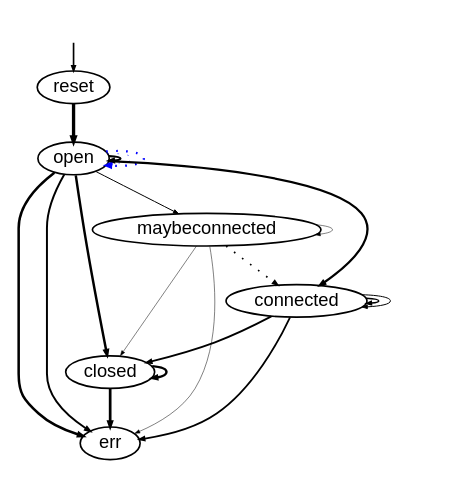
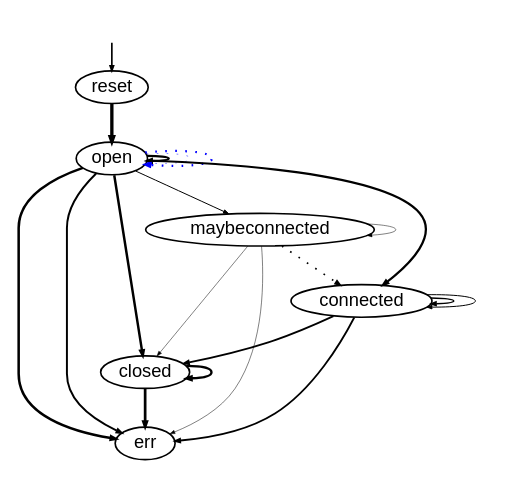
Before and after one commit to cyrille-artho/modbat: the diagram in log/nio-path-state-100.dot, drawn with Graphviz. The commit also changed 14 other files, not shown here.

```diff
--- a/log/nio-path-state-100.dot
+++ b/log/nio-path-state-100.dot
@@ -1,28 +1,9 @@
 digraph model {
   orientation = portrait;
-  graph [ rankdir = "TB", ranksep="0.1", nodesep="0.1" ];
+  graph [ rankdir = "TB", ranksep="0.08", nodesep="0.18" ];
   node [ fontname = "Helvetica", fontsize="11.0", shape="ellipse", margin="0.01", height="0.1", width="0.5" ];
   edge [ fontname = "Helvetica", arrowsize=".3", arrowhead="normal", fontsize="6.0", margin="0.05" ];
 None [shape=none, style=invis, width=0.1, height=0.1];
 None->reset;
 {rank = source; None}
-reset->open[penwidth="2.0043213737826426",label = " "];
-open->err[penwidth="1.5185139398778875",label = " "];
-open->open[penwidth="1.3222192947339193",label = " "];
-open->closed[penwidth="1.4913616938342726",label = " "];
-closed->err[penwidth="1.6334684555795864",label = " "];
-closed->closed[penwidth="1.4313637641589874",label = " "];
-open->maybeconnected[penwidth="0.6020599913279624",label = " "];
-maybeconnected->err[penwidth="0.3010299956639812",label = " "];
-maybeconnected->closed[penwidth="0.3010299956639812",label = " "];
-open->open[style=dotted, color=blue,penwidth="0.3010299956639812",label = " "];
-maybeconnected->maybeconnected[penwidth="0.3010299956639812",label = " "];
-maybeconnected->connected[style=dotted];
-connected->connected[penwidth="0.9030899869919435",label = " "];
-connected->closed[penwidth="1.0791812460476249",label = " "];
-open->err[penwidth="1.1760912590556813",label = " "];
-open->open[style=dotted, color=blue,penwidth="1.3424226808222062",label = " "];
-open->connected[penwidth="1.3424226808222062",label = " "];
-connected->err[penwidth="1.0791812460476249",label = " "];
-connected->connected[penwidth="0.6020599913279624",label = " "];
-}
+reset->open[penwidth="2.0043213737826426",label = " "];open->err[penwidth="1.5185139398778875",label = " "];open->open[penwidth="1.3222192947339193",label = " "];open->closed[penwidth="1.4913616938342726",label = " "];closed->err[penwidth="1.6334684555795864",label = " "];closed->closed[penwidth="1.4313637641589874",label = " "];open->maybeconnected[penwidth="0.6020599913279624",label = " "];maybeconnected->err[penwidth="0.3010299956639812",label = " "];maybeconnected->closed[penwidth="0.3010299956639812",label = " "];open->open[style=dotted, color=blue,penwidth="0.3010299956639812",label = " "];maybeconnected->maybeconnected[penwidth="0.3010299956639812",label = " "];maybeconnected->connected[style=dotted];connected->connected[penwidth="0.9030899869919435",label = " "];connected->closed[penwidth="1.0791812460476249",label = " "];open->err[penwidth="1.1760912590556813",label = " "];open->open[style=dotted, color=blue,penwidth="1.3424226808222062",label = " "];open->connected[penwidth="1.3424226808222062",label = " "];connected->err[penwidth="1.0791812460476249",label = " "];connected->connected[penwidth="0.6020599913279624",label = " "];}
```
